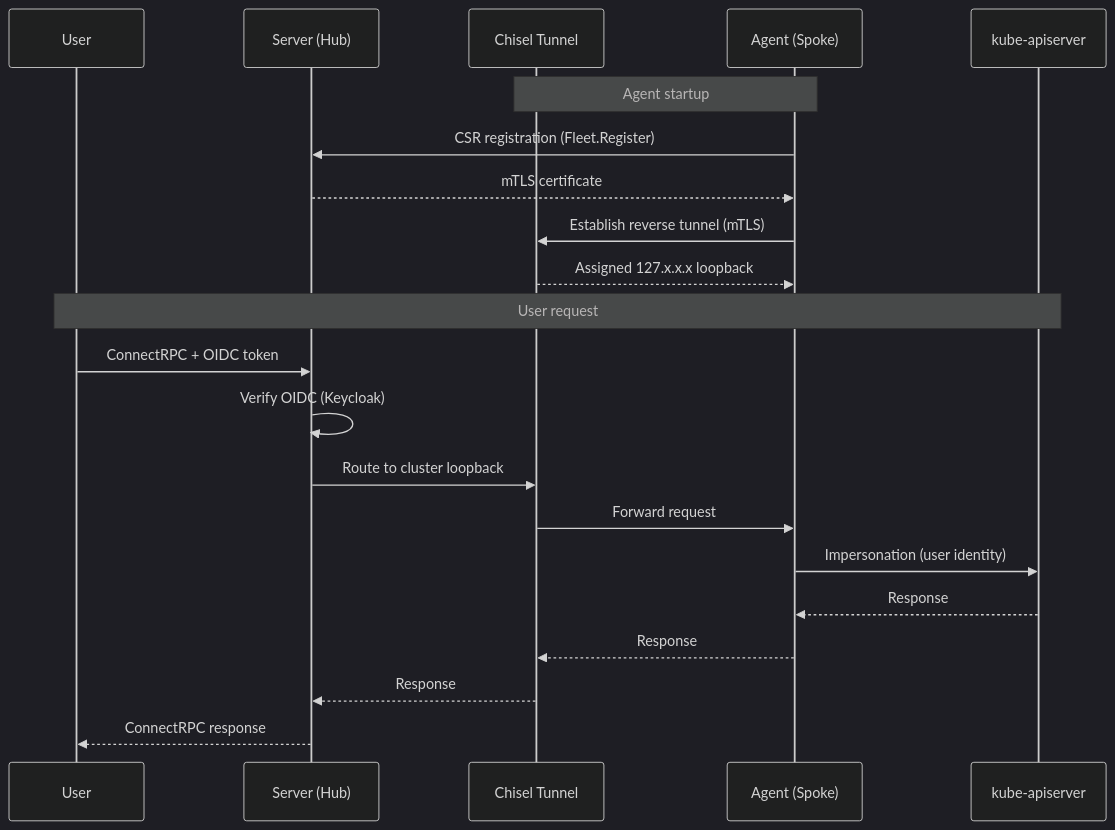
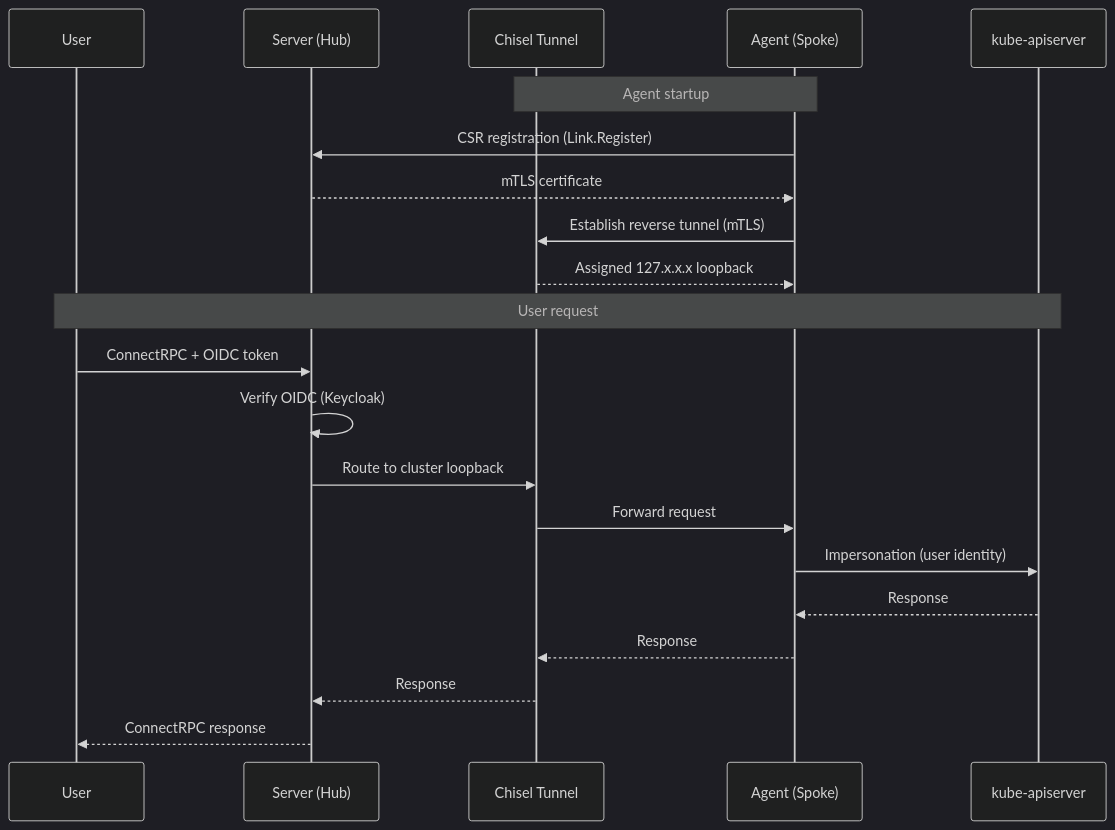
One commit to otterscale/otterscale changed the diagram in README.md. Above: the diagram before and after it, drawn with Mermaid (dark theme). The commit also changed other lines of this file and 40 other files, not shown here.

````diff
--- a/README.md
+++ b/README.md
@@ -20,25 +20,25 @@
 ```mermaid
   sequenceDiagram
     participant User
     participant Server as Server (Hub)
     participant Tunnel as Chisel Tunnel
     participant Agent as Agent (Spoke)
     participant K8s as kube-apiserver
 
     Note over Agent, Tunnel: Agent startup
-    Agent->>Server: CSR registration (Fleet.Register)
+    Agent->>Server: CSR registration (Link.Register)
     Server-->>Agent: mTLS certificate
     Agent->>Tunnel: Establish reverse tunnel (mTLS)
     Tunnel-->>Agent: Assigned 127.x.x.x loopback
 
     Note over User, K8s: User request
     User->>Server: ConnectRPC + OIDC token
     Server->>Server: Verify OIDC (Keycloak)
     Server->>Tunnel: Route to cluster loopback
     Tunnel->>Agent: Forward request
     Agent->>K8s: Impersonation (user identity)
     K8s-->>Agent: Response
     Agent-->>Tunnel: Response
     Tunnel-->>Server: Response
     Server-->>User: ConnectRPC response
 ```
````
